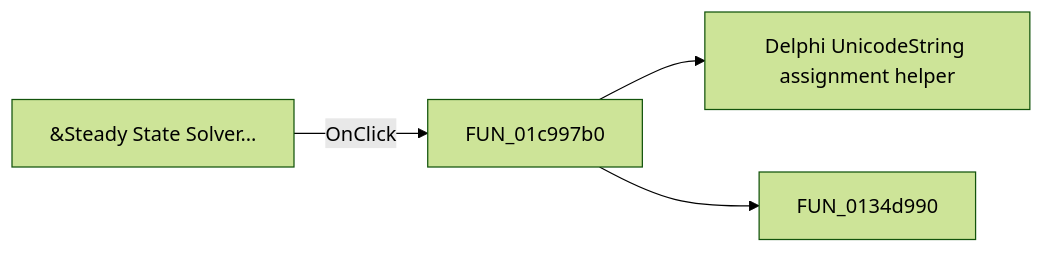
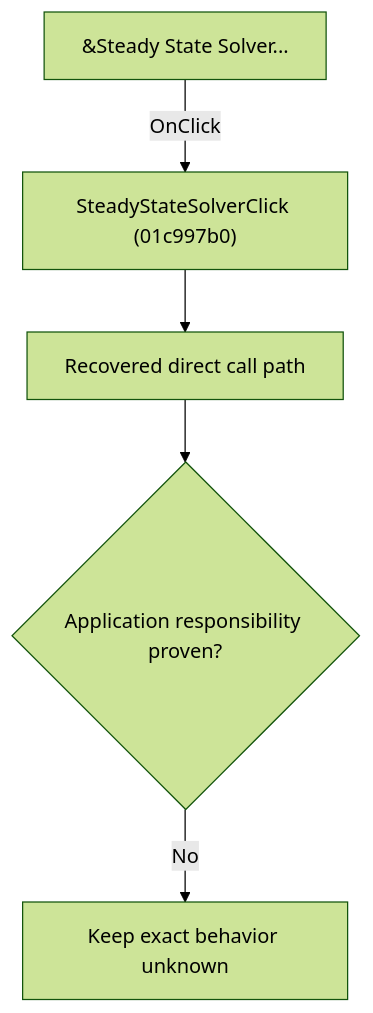
One commit to MovGP0/TIARA changed the diagram in docs/ui-controls/schematiceditor/steadystatesolver-0df8550e46.md. Above: the diagram before and after it, drawn with Mermaid (forest theme). The commit also changed other lines of this file and 1062 other files, not shown here.

````diff
--- a/docs/ui-controls/schematiceditor/steadystatesolver-0df8550e46.md
+++ b/docs/ui-controls/schematiceditor/steadystatesolver-0df8550e46.md
@@ -27,6 +27,7 @@
 ```mermaid
-flowchart LR
-    control["&Steady State Solver..."] -->|OnClick| handler["FUN_01c997b0"]
-    handler --> call1["Delphi UnicodeString assignment helper"]
-    handler --> call2["FUN_0134d990"]
+flowchart TD
+    control["&Steady State Solver..."] -->|"OnClick"| handler["SteadyStateSolverClick (01c997b0)"]
+    handler --> recovered["Recovered direct call path"]
+    recovered --> gap{"Application responsibility proven?"}
+    gap -->|"No"| blocked["Keep exact behavior unknown"]
 ```
````
